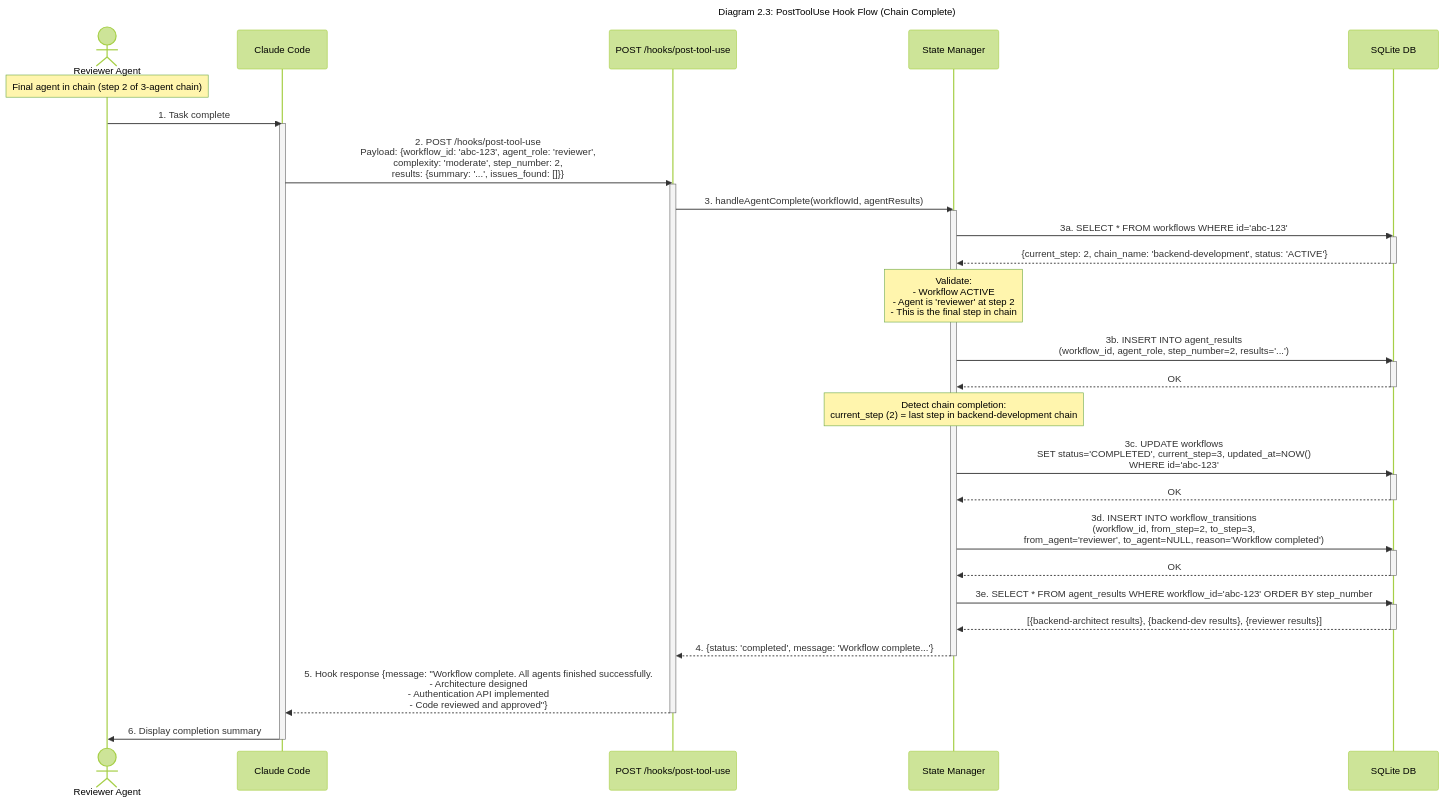
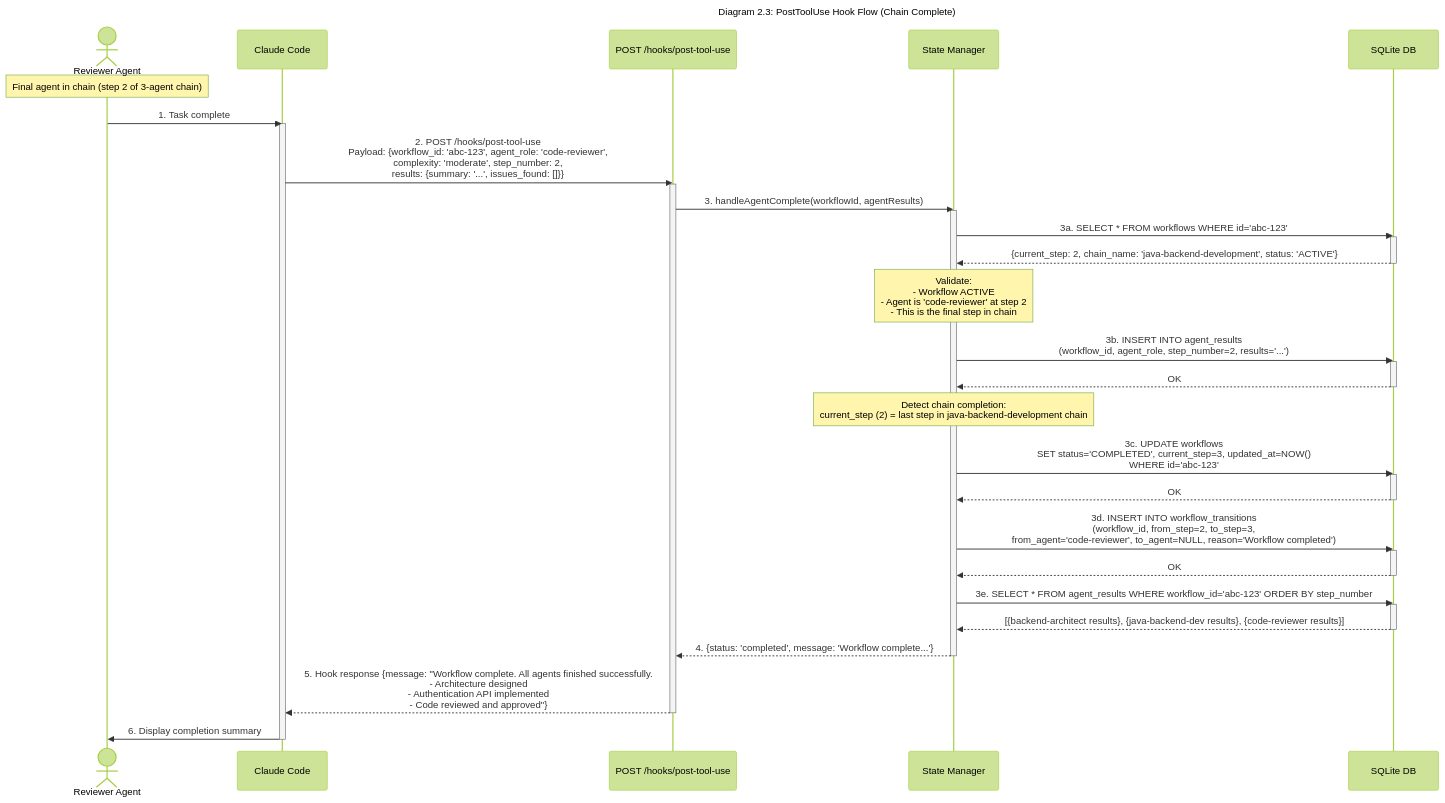
The seventh of 11 diagrams in docs/02-technical-architecture.md (drevispas/ccorch), drawn with Mermaid (forest theme) before and after one commit. The commit also changed other lines of this file and 21 other files, not shown here.

First line of the commit message:
fix(orchestrator): align agent role names with Claude Code agent types

````diff
--- a/docs/02-technical-architecture.md
+++ b/docs/02-technical-architecture.md
@@ -463,58 +463,58 @@
 ```mermaid
 ---
 title: "Diagram 2.3: PostToolUse Hook Flow (Chain Complete)"
 ---
 sequenceDiagram
     actor Agent as Reviewer Agent
     participant CC as Claude Code
     participant Hook as POST /hooks/post-tool-use
     participant StateMgr as State Manager
     participant DB as SQLite DB
 
     Note over Agent: Final agent in chain (step 2 of 3-agent chain)
 
     Agent->>CC: 1. Task complete
     activate CC
-    CC->>Hook: 2. POST /hooks/post-tool-use<br/>Payload: {workflow_id: 'abc-123', agent_role: 'reviewer',<br/>complexity: 'moderate', step_number: 2,<br/>results: {summary: '...', issues_found: []}}
+    CC->>Hook: 2. POST /hooks/post-tool-use<br/>Payload: {workflow_id: 'abc-123', agent_role: 'code-reviewer',<br/>complexity: 'moderate', step_number: 2,<br/>results: {summary: '...', issues_found: []}}
     activate Hook
 
     Hook->>StateMgr: 3. handleAgentComplete(workflowId, agentResults)
     activate StateMgr
 
     StateMgr->>DB: 3a. SELECT * FROM workflows WHERE id='abc-123'
     activate DB
-    DB-->>StateMgr: {current_step: 2, chain_name: 'backend-development', status: 'ACTIVE'}
+    DB-->>StateMgr: {current_step: 2, chain_name: 'java-backend-development', status: 'ACTIVE'}
     deactivate DB
 
-    Note over StateMgr: Validate:<br/>- Workflow ACTIVE<br/>- Agent is 'reviewer' at step 2<br/>- This is the final step in chain
+    Note over StateMgr: Validate:<br/>- Workflow ACTIVE<br/>- Agent is 'code-reviewer' at step 2<br/>- This is the final step in chain
 
     StateMgr->>DB: 3b. INSERT INTO agent_results<br/>(workflow_id, agent_role, step_number=2, results='...')
     activate DB
     DB-->>StateMgr: OK
     deactivate DB
 
-    Note over StateMgr: Detect chain completion:<br/>current_step (2) = last step in backend-development chain
+    Note over StateMgr: Detect chain completion:<br/>current_step (2) = last step in java-backend-development chain
 
     StateMgr->>DB: 3c. UPDATE workflows<br/>SET status='COMPLETED', current_step=3, updated_at=NOW()<br/>WHERE id='abc-123'
     activate DB
     DB-->>StateMgr: OK
     deactivate DB
 
-    StateMgr->>DB: 3d. INSERT INTO workflow_transitions<br/>(workflow_id, from_step=2, to_step=3,<br/>from_agent='reviewer', to_agent=NULL, reason='Workflow completed')
+    StateMgr->>DB: 3d. INSERT INTO workflow_transitions<br/>(workflow_id, from_step=2, to_step=3,<br/>from_agent='code-reviewer', to_agent=NULL, reason='Workflow completed')
     activate DB
     DB-->>StateMgr: OK
     deactivate DB
 
     StateMgr->>DB: 3e. SELECT * FROM agent_results WHERE workflow_id='abc-123' ORDER BY step_number
     activate DB
-    DB-->>StateMgr: [{backend-architect results}, {backend-dev results}, {reviewer results}]
+    DB-->>StateMgr: [{backend-architect results}, {java-backend-dev results}, {code-reviewer results}]
     deactivate DB
 
     StateMgr-->>Hook: 4. {status: 'completed', message: 'Workflow complete...'}
     deactivate StateMgr
 
     Hook-->>CC: 5. Hook response {message: "Workflow complete. All agents finished successfully.<br/>- Architecture designed<br/>- Authentication API implemented<br/>- Code reviewed and approved"}
     deactivate Hook
     CC->>Agent: 6. Display completion summary
     deactivate CC
 ```
````
